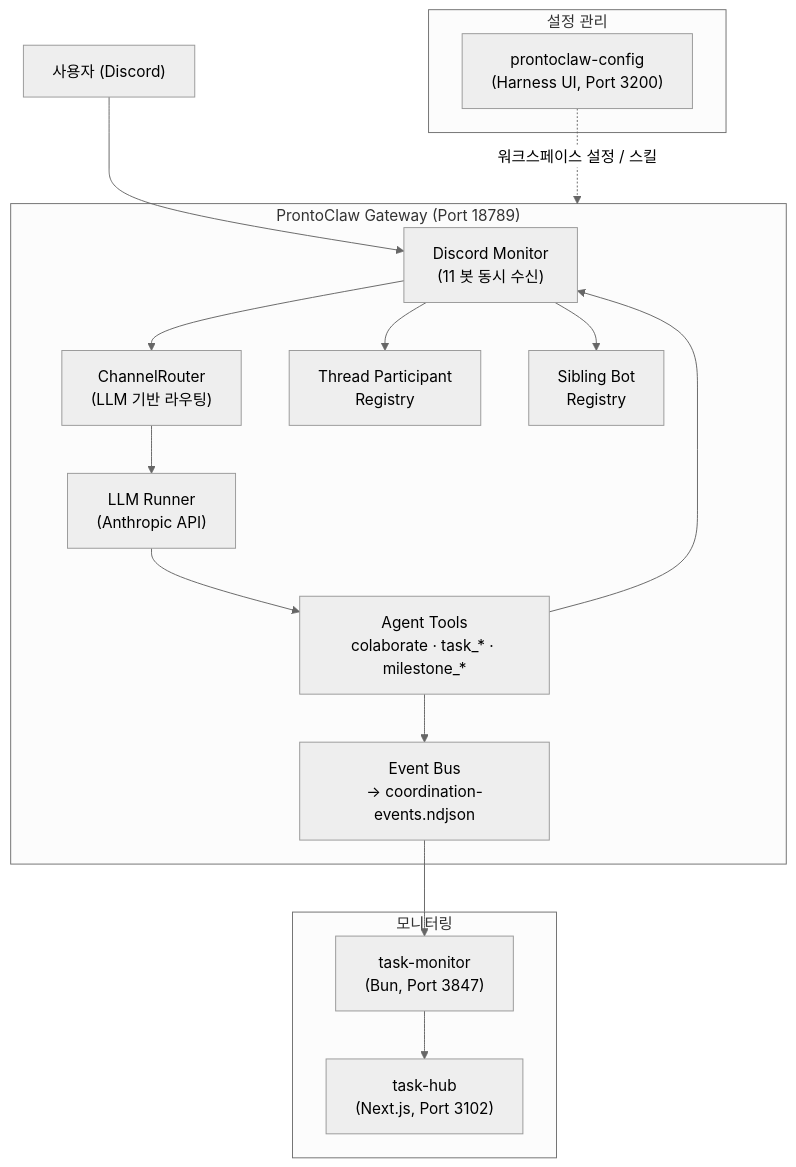
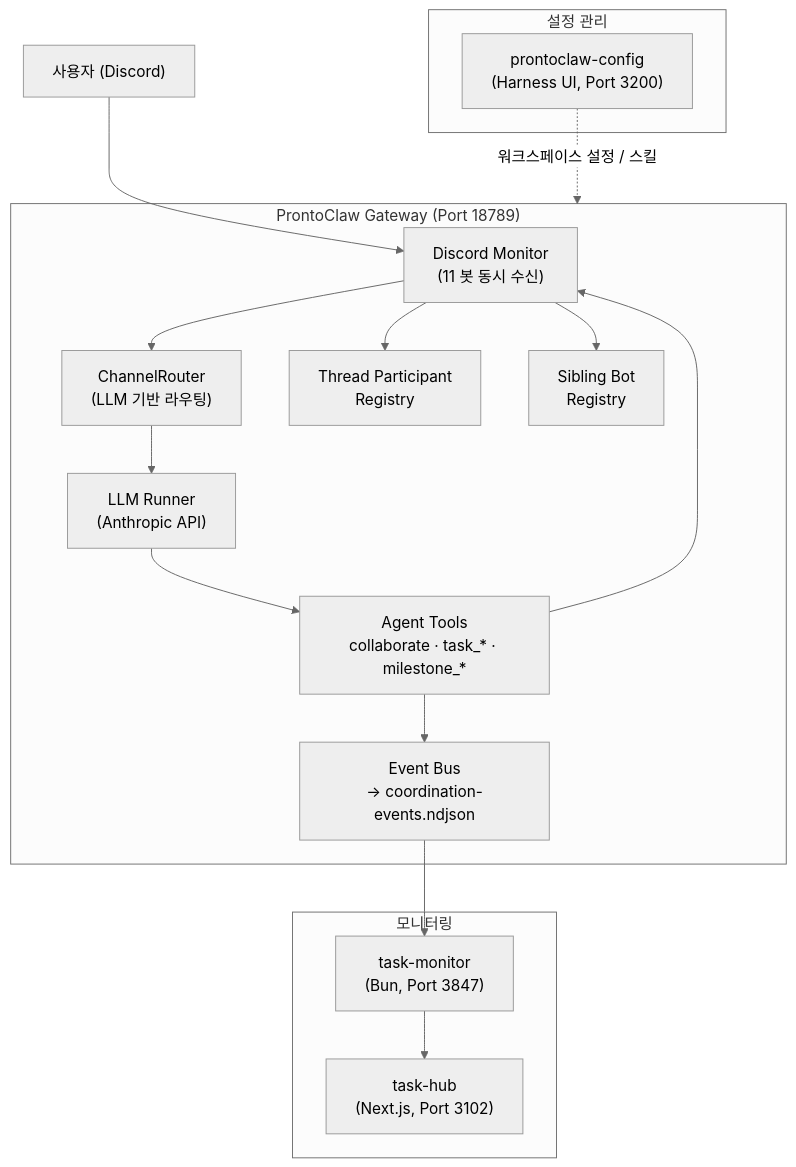
One commit to Pronto-Lab/prontoclaw changed the first of 7 diagrams in README.md. Above: the diagram before and after it, drawn with Mermaid (neutral theme). The commit also changed other lines of this file, not shown here.

First line of the commit message:
docs: convert all ASCII diagrams to Mermaid and fix line breaks

````diff
--- a/README.md
+++ b/README.md
@@ -47,35 +47,35 @@
 ```mermaid
 graph TD
     User["사용자 (Discord)"]
 
     subgraph ProntoClaw["ProntoClaw Gateway (Port 18789)"]
-        DM["Discord Monitor\n(11 봇 동시 수신)"]
-        CR["ChannelRouter\n(LLM 기반 라우팅)"]
-        LLM["LLM Runner\n(Anthropic API)"]
-        Tools["Agent Tools\ncolaborate · task_* · milestone_*"]
-        EB["Event Bus\n→ coordination-events.ndjson"]
-        TP["Thread Participant\nRegistry"]
-        SB["Sibling Bot\nRegistry"]
+        DM["Discord Monitor<br/>(11 봇 동시 수신)"]
+        CR["ChannelRouter<br/>(LLM 기반 라우팅)"]
+        LLM["LLM Runner<br/>(Anthropic API)"]
+        Tools["Agent Tools<br/>collaborate · task_* · milestone_*"]
+        EB["Event Bus<br/>→ coordination-events.ndjson"]
+        TP["Thread Participant<br/>Registry"]
+        SB["Sibling Bot<br/>Registry"]
     end
 
     subgraph Monitoring["모니터링"]
-        TM["task-monitor\n(Bun, Port 3847)"]
-        TH["task-hub\n(Next.js, Port 3102)"]
+        TM["task-monitor<br/>(Bun, Port 3847)"]
+        TH["task-hub<br/>(Next.js, Port 3102)"]
     end
 
     subgraph Config["설정 관리"]
-        CF["prontoclaw-config\n(Harness UI, Port 3200)"]
+        CF["prontoclaw-config<br/>(Harness UI, Port 3200)"]
     end
 
     User --> DM
     DM --> CR
     CR --> LLM
     LLM --> Tools
     Tools --> DM
     Tools --> EB
     DM --> TP
     DM --> SB
     EB --> TM
     TM --> TH
     CF -.->|워크스페이스 설정 / 스킬| ProntoClaw
 ```
````
